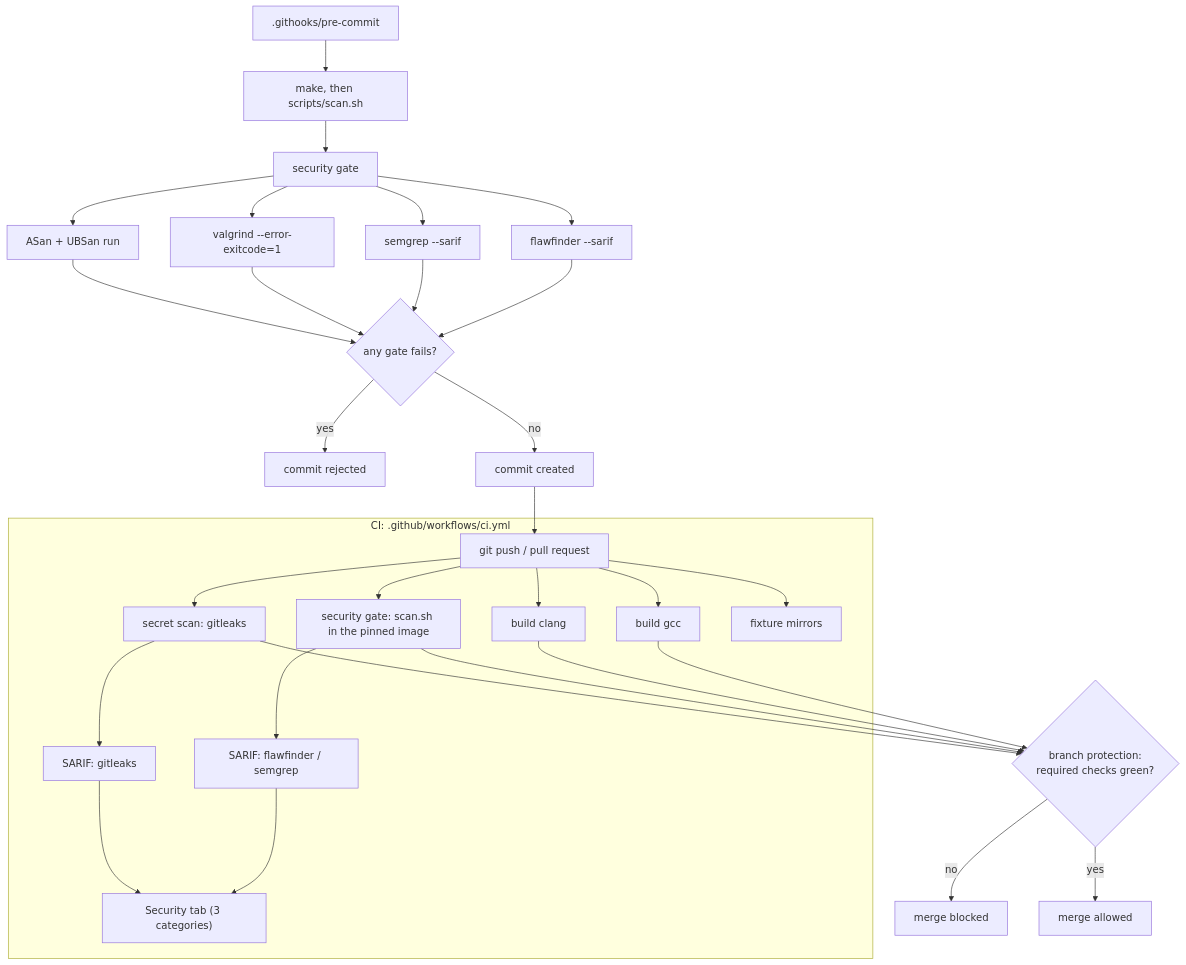
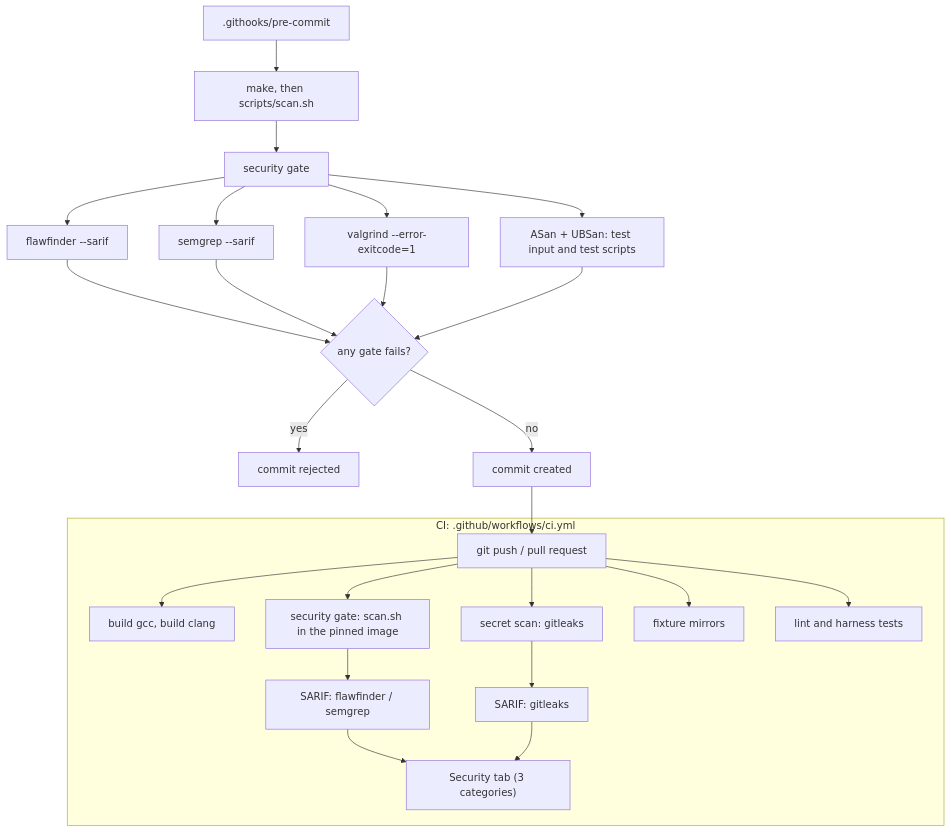
The diagram in README.md (Arnaud1404/c-secure-build), drawn with Mermaid before and after one commit. The commit also changed other lines of this file, not shown here.

````diff
--- a/README.md
+++ b/README.md
@@ -13,30 +7,26 @@
 ```mermaid
 flowchart TD
     A[".githooks/pre-commit"] --> B["make, then scripts/scan.sh"]
     B --> C["security gate"]
     C --> C1["flawfinder --sarif"]
     C --> C2["semgrep --sarif"]
     C --> C3["valgrind --error-exitcode=1"]
-    C --> C4["ASan + UBSan run"]
+    C --> C4["ASan + UBSan: test input and test scripts"]
     C1 & C2 & C3 & C4 --> D{"any gate fails?"}
     D -->|yes| E["commit rejected"]
     D -->|no| F["commit created"]
 
     F --> G["git push / pull request"]
 
     subgraph CI["CI: .github/workflows/ci.yml"]
-        G --> H1["build gcc"]
-        G --> H2["build clang"]
+        G --> H1["build gcc, build clang"]
         G --> H3["security gate: scan.sh in the pinned image"]
         G --> H4["secret scan: gitleaks"]
         G --> H5["fixture mirrors"]
+        G --> H6["lint and harness tests"]
         H3 --> S1["SARIF: flawfinder / semgrep"]
         H4 --> S2["SARIF: gitleaks"]
         S1 --> T["Security tab (3 categories)"]
         S2 --> T
     end
-
-    H1 & H2 & H3 & H4 --> P{"branch protection:<br/>required checks green?"}
-    P -->|no| M["merge blocked"]
-    P -->|yes| N["merge allowed"]
 ```
````
